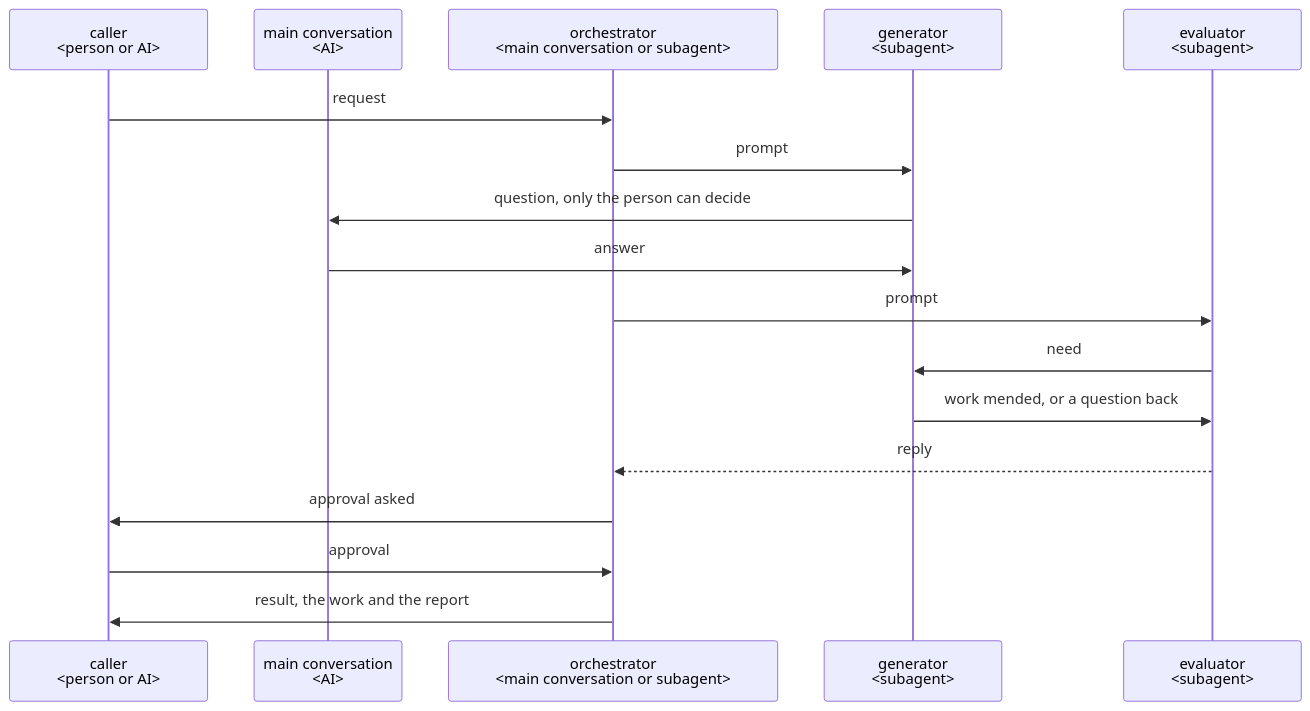
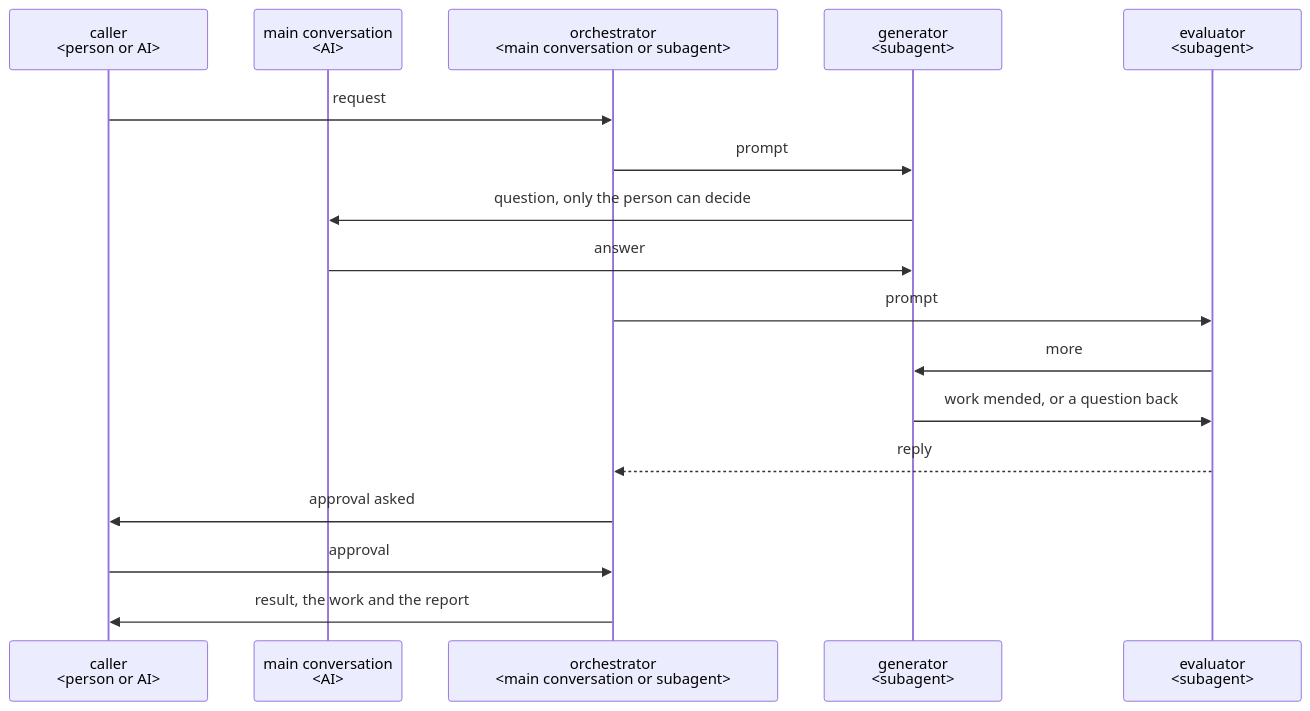
One commit to lovaizu/ccpm changed the diagram in dev/plugin-best-practice.md. Above: the diagram before and after it, drawn with Mermaid. The commit also changed other lines of this file and 22 other files, not shown here.

````diff
--- a/dev/plugin-best-practice.md
+++ b/dev/plugin-best-practice.md
@@ -308,19 +297,19 @@
 ```mermaid
 sequenceDiagram
   participant C as caller<br/>#lt;person or AI#gt;
   participant M as main conversation<br/>#lt;AI#gt;
   participant O as orchestrator<br/>#lt;main conversation or subagent#gt;
   participant G as generator<br/>#lt;subagent#gt;
   participant R as evaluator<br/>#lt;subagent#gt;
   C->>O: request
   O->>G: prompt
   G->>M: question, only the person can decide
   M->>G: answer
   O->>R: prompt
-  R->>G: need
+  R->>G: more
   G->>R: work mended, or a question back
   R-->>O: reply
   O->>C: approval asked
   C->>O: approval
   O->>C: result, the work and the report
 ```
````
